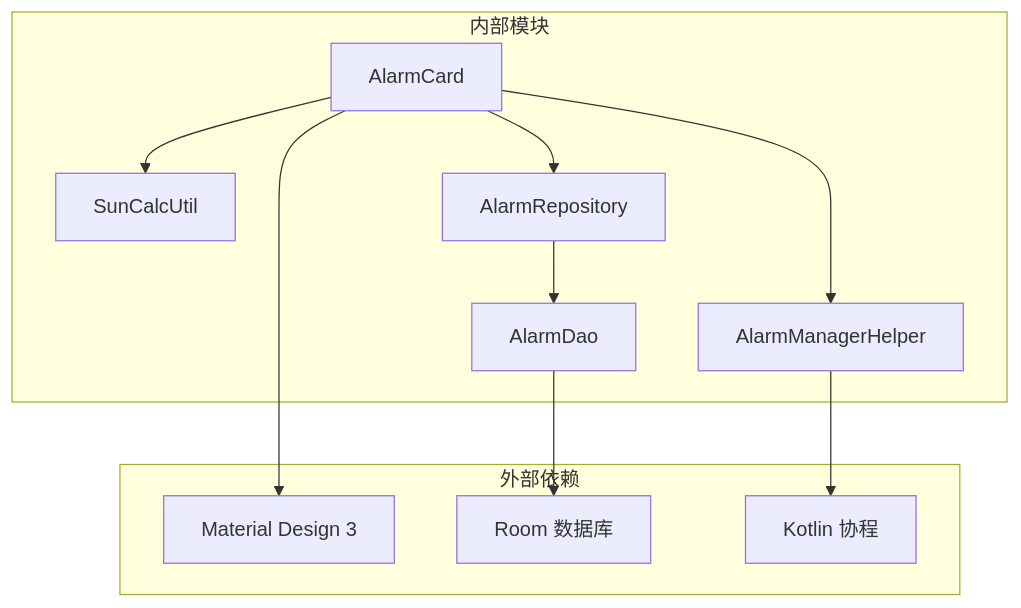
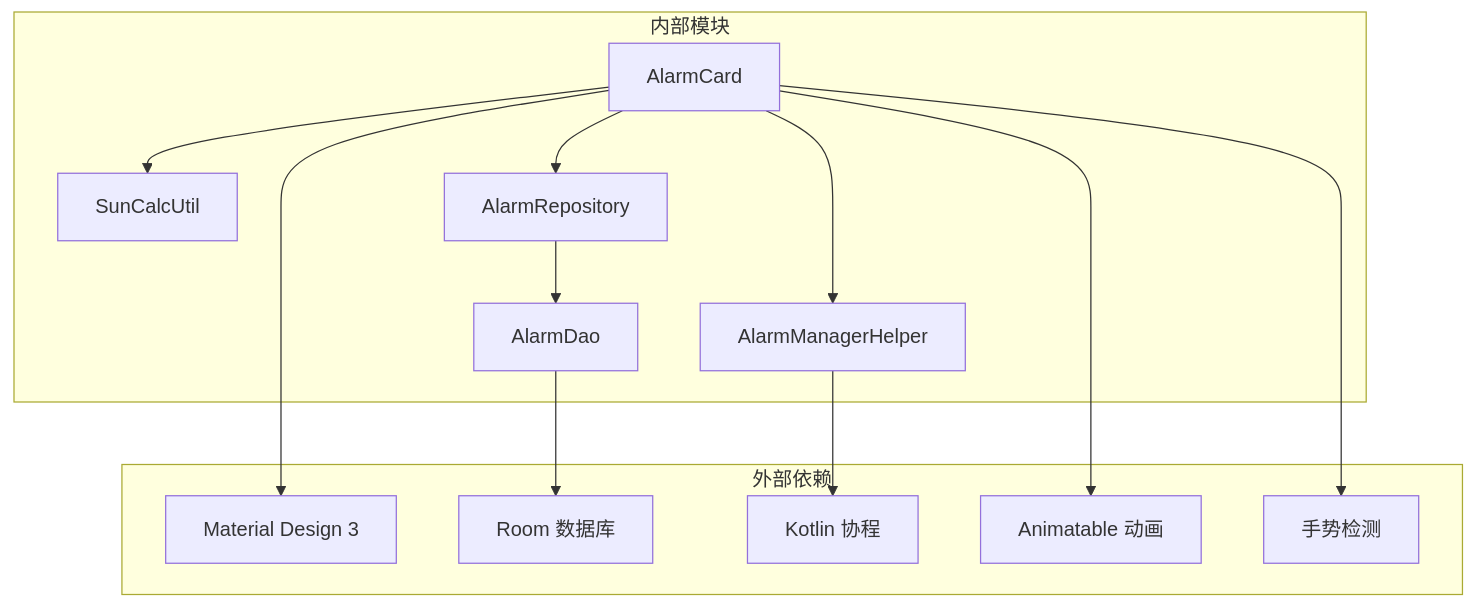
The seventh of 7 diagrams in .qoder/repowiki/zh/content/UI组件/AlarmCard 闹钟卡片.md (snuabar/Clock), drawn with Mermaid before and after one commit. The commit also changed other lines of this file and 3 other files, not shown here.

````diff
--- a/.qoder/repowiki/zh/content/UI组件/AlarmCard 闹钟卡片.md
+++ b/.qoder/repowiki/zh/content/UI组件/AlarmCard 闹钟卡片.md
@@ -359,22 +412,26 @@
 ```mermaid
 graph TB
 subgraph "外部依赖"
 MD3[Material Design 3]
 Room[Room 数据库]
 Coroutines[Kotlin 协程]
+Animatable[Animatable 动画]
+Gesture[手势检测]
 end
 subgraph "内部模块"
 AC[AlarmCard]
 SCU[SunCalcUtil]
 AMH[AlarmManagerHelper]
 AR[AlarmRepository]
 ADao[AlarmDao]
 end
 AC --> MD3
 AC --> SCU
 AC --> AR
+AC --> Animatable
+AC --> Gesture
 AR --> ADao
 ADao --> Room
 AC --> AMH
 AMH --> Coroutines
 ```
````
